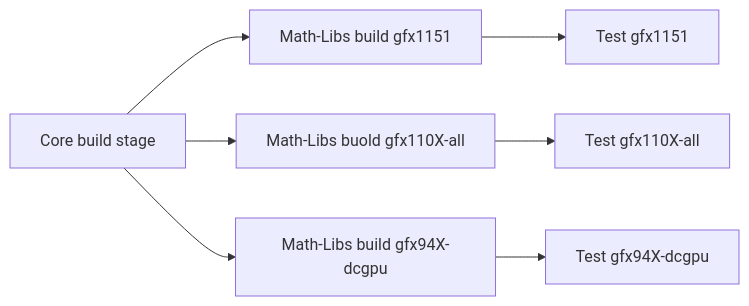
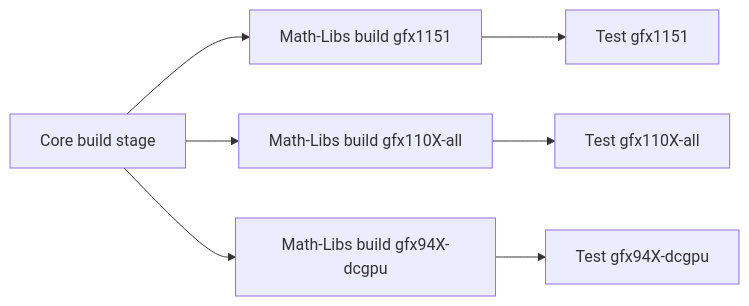
One commit to ROCm/TheRock changed the first of 3 diagrams in docs/development/ci_overview.md. Above: the diagram before and after it, drawn with Mermaid. The commit also changed other lines of this file and 1 other file, not shown here.

````diff
--- a/docs/development/ci_overview.md
+++ b/docs/development/ci_overview.md
@@ -19,10 +19,10 @@
 ```mermaid
 graph LR
     A[Core build stage]
     A --> C1[Math-Libs build gfx1151]
-    A --> C2[Math-Libs buold gfx110X-all]
+    A --> C2[Math-Libs build gfx110X-all]
     A --> C3[Math-Libs build gfx94X-dcgpu]
     C1 --> D1[Test gfx1151]
     C2 --> D2[Test gfx110X-all]
     C3 --> D3[Test gfx94X-dcgpu]
 ```
````
